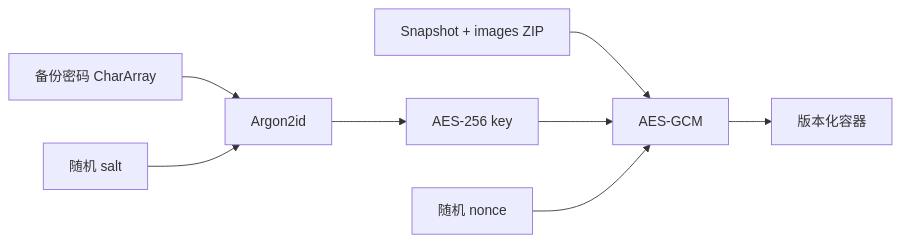
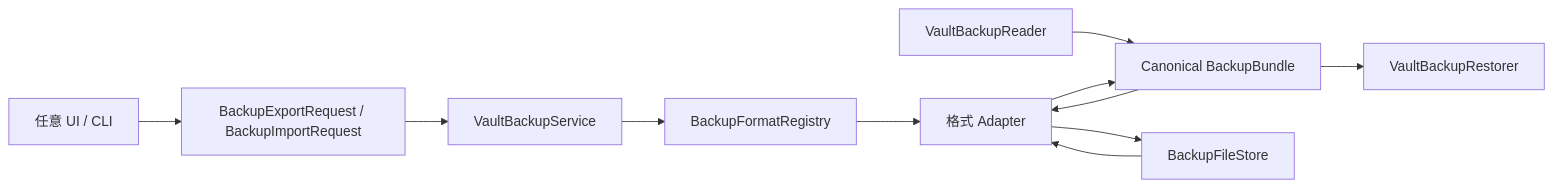
The diagram in docs/data/backup-format.md (aozijx/Passly), drawn with Mermaid before and after one commit. The commit also changed other lines of this file and 115 other files, not shown here.

````diff
--- a/docs/data/backup-format.md
+++ b/docs/data/backup-format.md
@@ -23,10 +44,13 @@
 ```mermaid
 flowchart LR
-    P["备份密码 CharArray"] --> KDF["Argon2id"]
-    Salt["随机 salt"] --> KDF
-    KDF --> Key["AES-256 key"]
-    Snapshot["Snapshot + images ZIP"] --> GCM["AES-GCM"]
-    Key --> GCM
-    Nonce["随机 nonce"] --> GCM
-    GCM --> Container["版本化容器"]
+    UI["任意 UI / CLI"] --> Request["BackupExportRequest / BackupImportRequest"]
+    Request --> Service["VaultBackupService"]
+    Service --> Registry["BackupFormatRegistry"]
+    Registry --> Adapter["格式 Adapter"]
+    ExportReader["VaultBackupReader"] --> Bundle["Canonical BackupBundle"]
+    Bundle --> Adapter
+    Adapter --> FileStore["BackupFileStore"]
+    FileStore --> Adapter
+    Adapter --> Bundle
+    Bundle --> Restorer["VaultBackupRestorer"]
 ```
````
